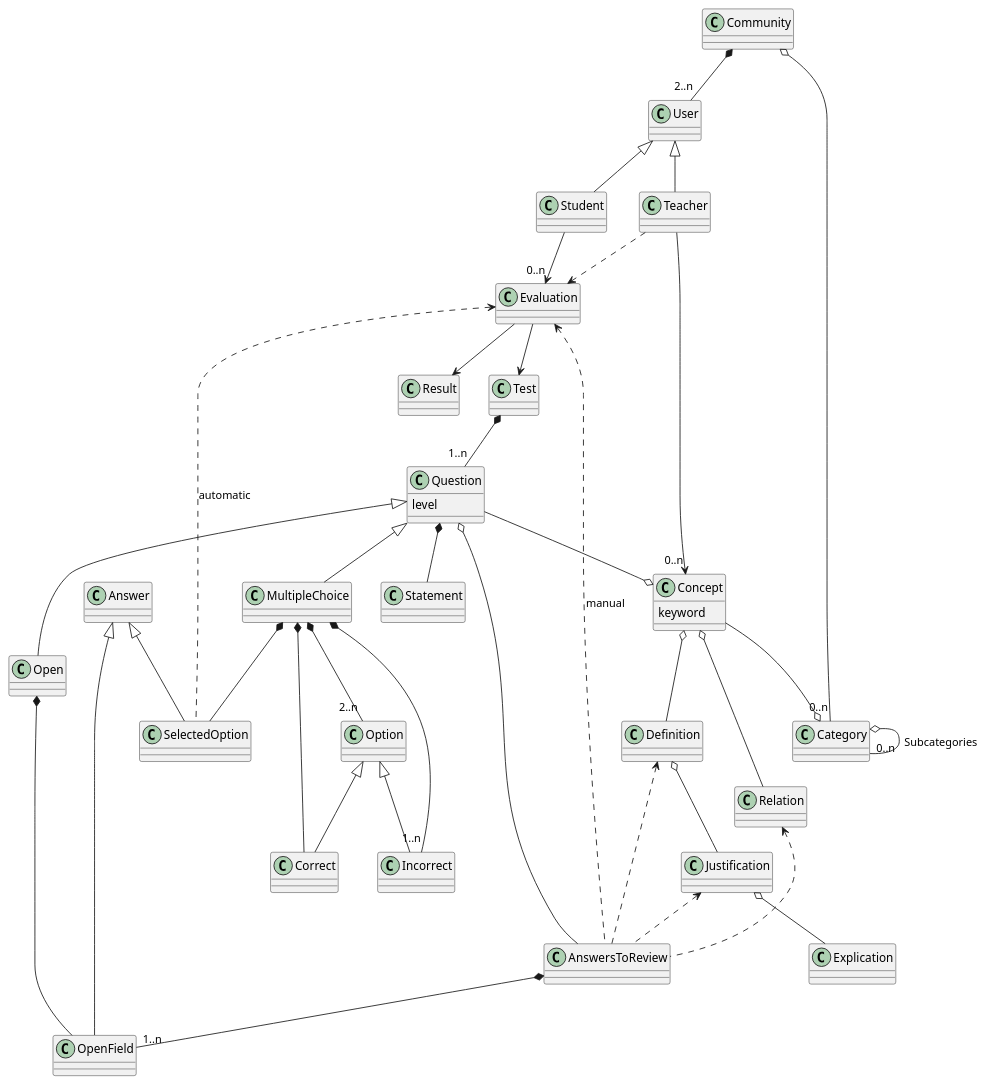
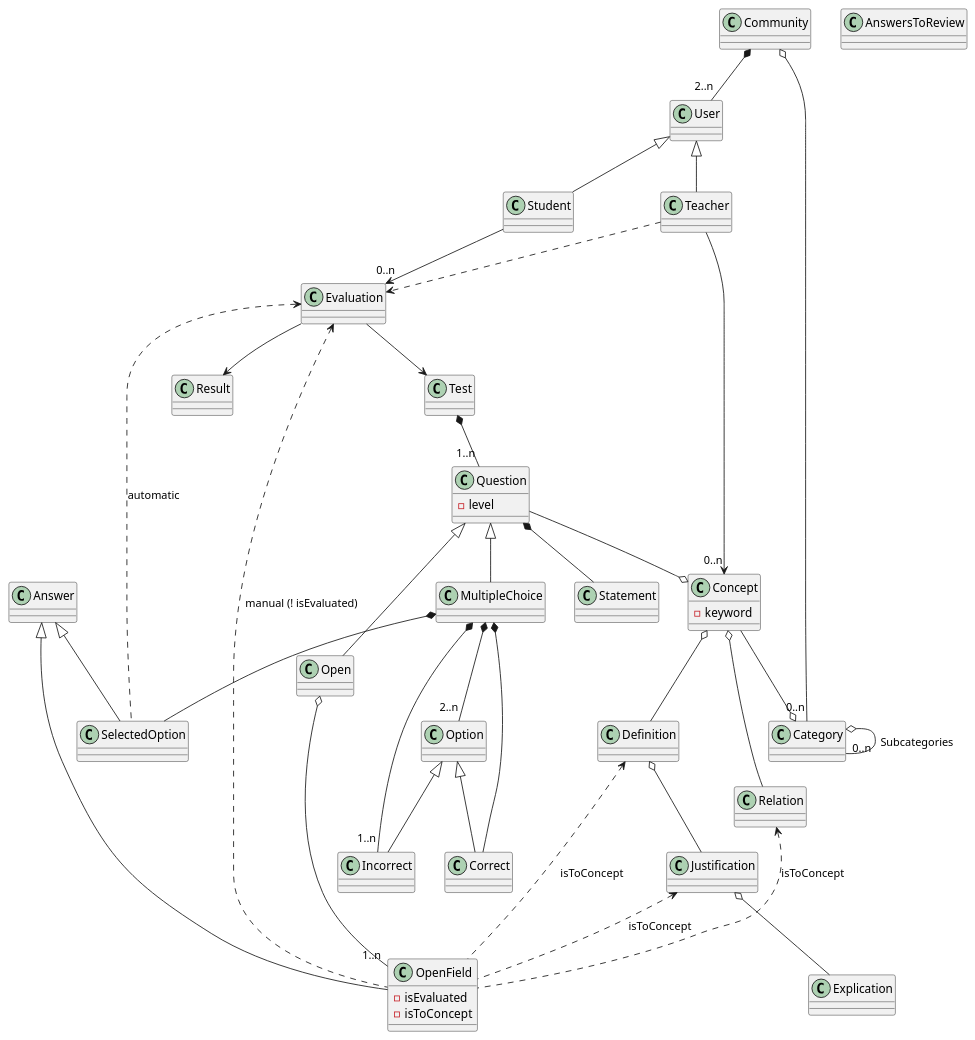
The diagram in doc/dominio_clases.puml (Joselon/ProyectoOpoTest), drawn with PlantUML before and after one commit. The commit also changed 5 other files, not shown here.

```diff
--- a/doc/dominio_clases.puml
+++ b/doc/dominio_clases.puml
@@ -1,92 +1,95 @@
 @startuml OpoTestDomain
 
 class Community
 
 class User
 
 class Teacher
 
 class Student
 
 class Evaluation
 
 class Result
 
 class Category 
 
 class Test 
 
 class AnswersToReview
 
 class Concept {
-    keyword
+    - keyword
 }
 
 class Question {
-    level
+    - level
 }
 
 class Statement
 
 class Answer 
 
 class Open 
 
 class MultipleChoice
 
 class Option
 
 class Correct
 
 Class Incorrect
 
-class OpenField
+class OpenField {
+    - isEvaluated
+    - isToConcept
+}
 
 Class SelectedOption
 
 
-Community *-- "2..n" User
-Community o-- "0..n" Category
+Community *--"2..n" User
+Community o--"0..n" Category
 
 Category o--"0..n" Category : Subcategories
 
 User <|-- Teacher
 User <|-- Student
 
 Teacher -->"0..n" Concept
 Concept --o Category
 Question --o Concept
 Concept o-- Definition
 Definition o-- Justification
 Justification o-- Explication
 Concept o-- Relation
 
-Student --> "0..n" Evaluation
+Student -->"0..n" Evaluation
 Evaluation --> Test
 Evaluation --> Result
 
 Teacher ..> Evaluation
-AnswersToReview *-- "1..n" OpenField
-Definition <.. AnswersToReview
-Justification <.. AnswersToReview
-Relation <.. AnswersToReview
+'AnswersToReview *--  OpenField
+Definition <.. OpenField :isToConcept
+Justification <.. OpenField :isToConcept
+Relation <.. OpenField :isToConcept
 
-Evaluation <.. AnswersToReview : manual
+Evaluation <.. OpenField : manual (! isEvaluated)
 Evaluation <.. SelectedOption : automatic
 
-Test *-- "1..n" Question
+Test *--"1..n" Question
 Question <|-- MultipleChoice
 Question <|-- Open
 Question *--   Statement
-MultipleChoice *-- "2..n" Option
+MultipleChoice *--"2..n" Option
 Option <|-- Incorrect
 Option <|-- Correct
 MultipleChoice *-- Correct
-MultipleChoice *-- "1..n" Incorrect
+MultipleChoice *--"1..n" Incorrect
 MultipleChoice *-- SelectedOption
-Open *-- OpenField
+Open o--"1..n" OpenField
 Answer <|-- OpenField
 Answer <|-- SelectedOption
-Question o-- AnswersToReview
+
 
 @enduml
```
